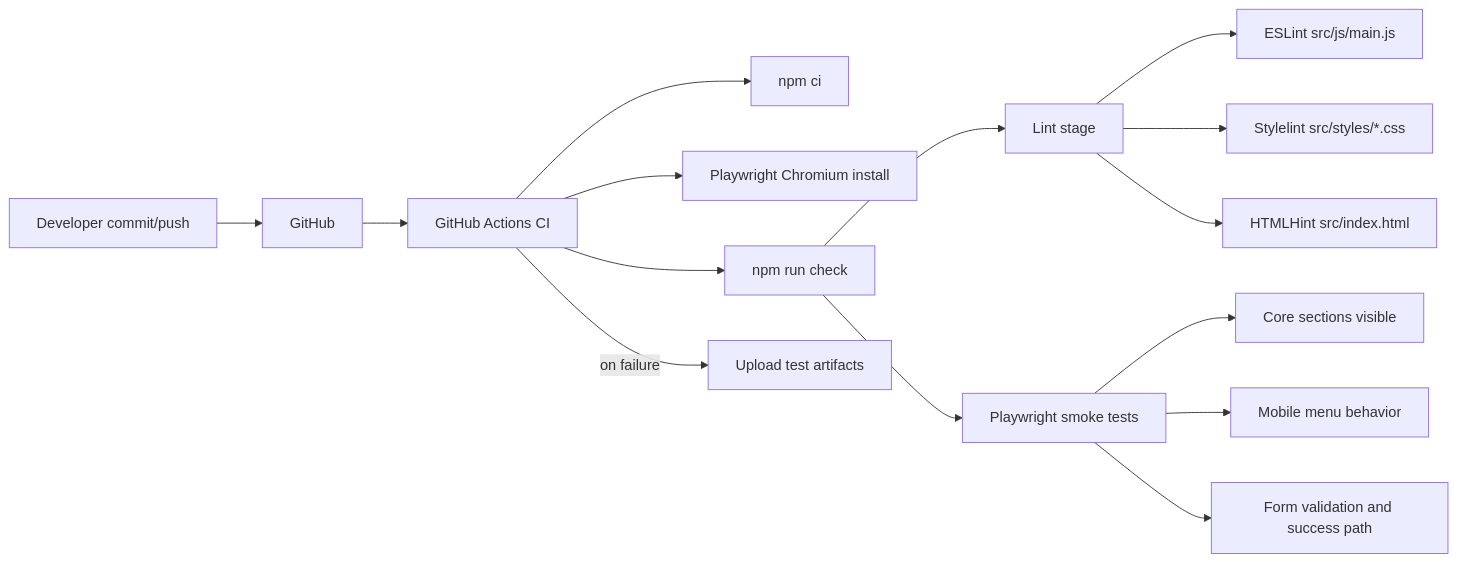
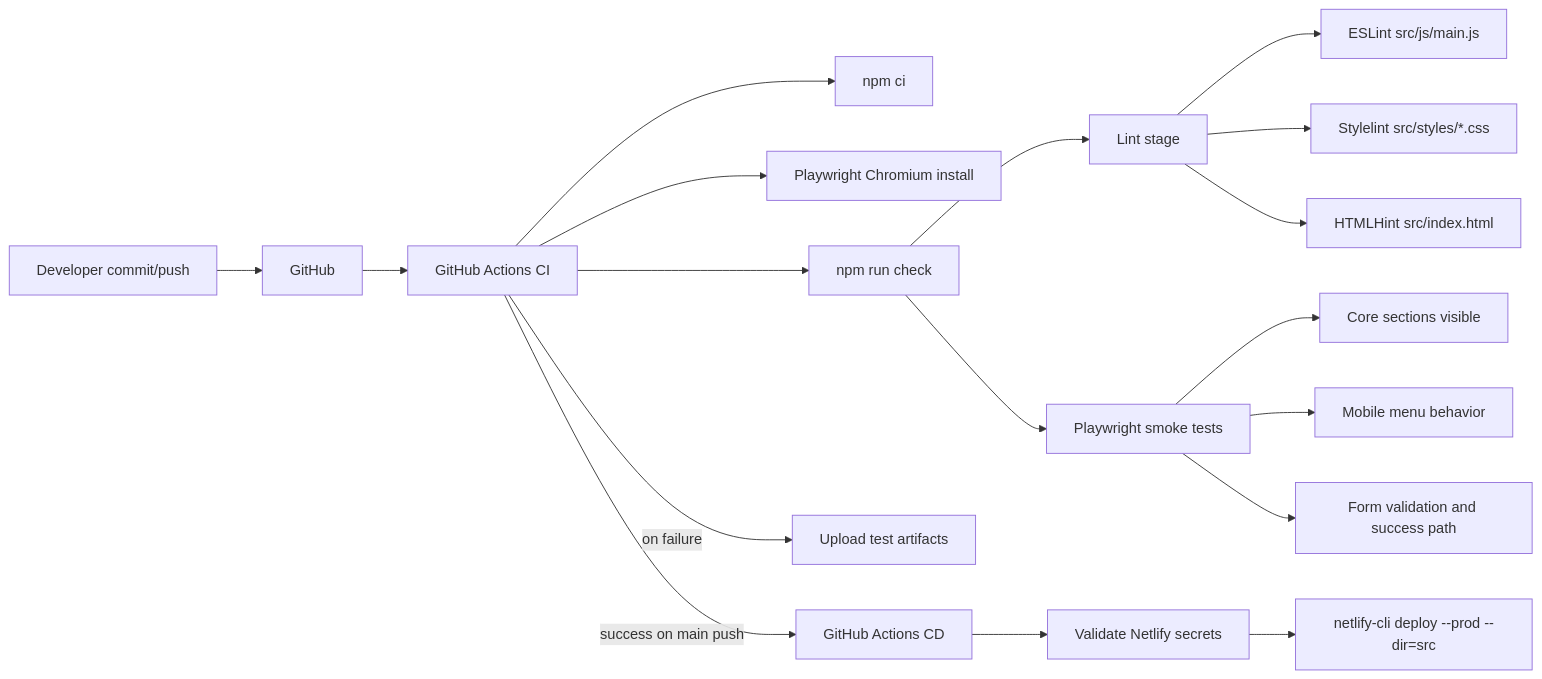
Before and after one commit to jirawagy-rgb/phone: the second of 2 diagrams in docs/architecture/system-architecture.md, drawn with Mermaid. The commit also changed other lines of this file and 8 other files, not shown here.

````diff
--- a/docs/architecture/system-architecture.md
+++ b/docs/architecture/system-architecture.md
@@ -39,21 +40,24 @@
 ```mermaid
 flowchart LR
     D[Developer commit/push] --> GH[GitHub]
     GH --> CI[GitHub Actions CI]
 
     CI --> S1[npm ci]
     CI --> S2[Playwright Chromium install]
     CI --> S3[npm run check]
 
     S3 --> LINT[Lint stage]
     LINT --> E[ESLint src/js/main.js]
     LINT --> ST[Stylelint src/styles/*.css]
     LINT --> HINT[HTMLHint src/index.html]
 
     S3 --> SMOKE[Playwright smoke tests]
     SMOKE --> A1[Core sections visible]
     SMOKE --> A2[Mobile menu behavior]
     SMOKE --> A3[Form validation and success path]
 
     CI -->|on failure| AR[Upload test artifacts]
+    CI -->|success on main push| CD[GitHub Actions CD]
+    CD --> NS[Validate Netlify secrets]
+    NS --> ND[netlify-cli deploy --prod --dir=src]
 ```
````
